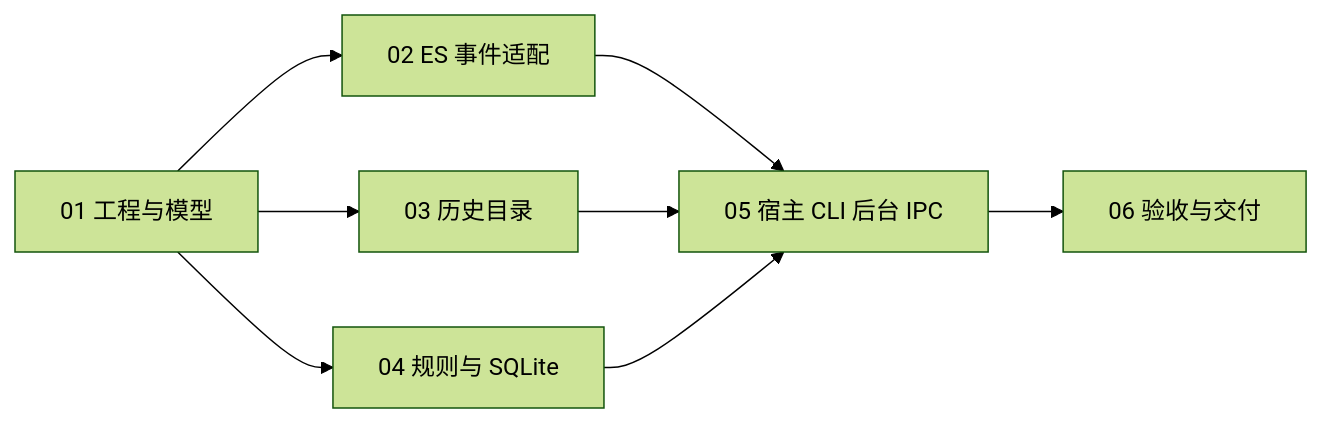
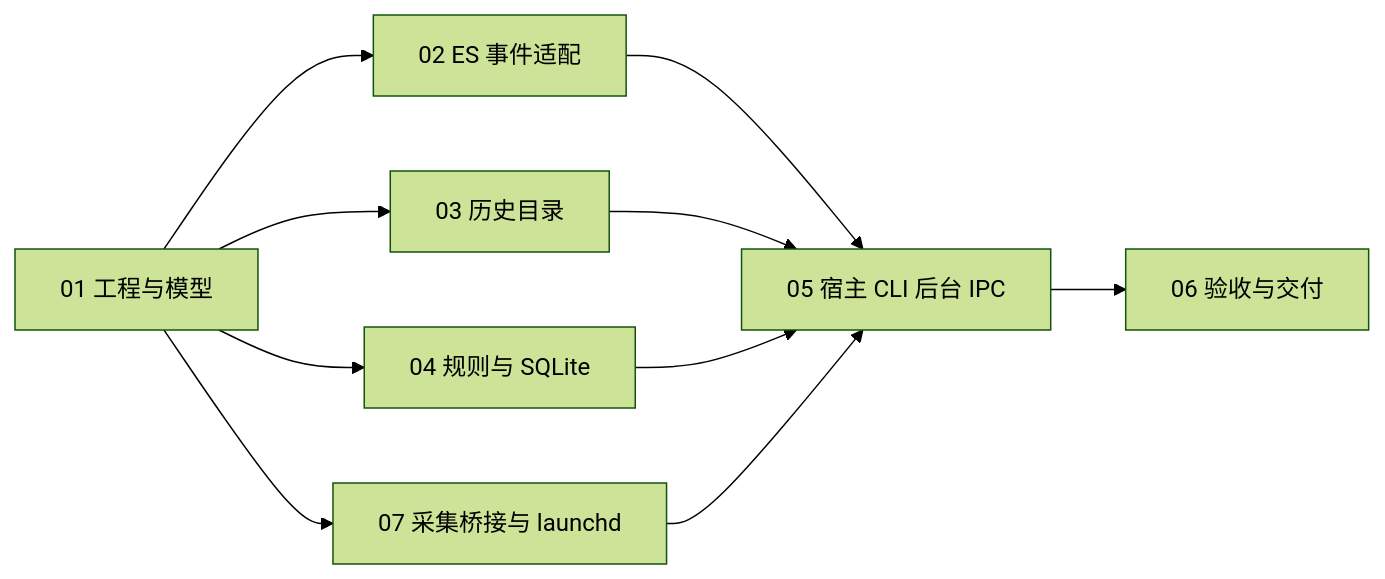
One commit to lolipop-1x1/CodePerimeter changed the diagram in .scratch/activity-monitor-mvp/implementation-contract.md. Above: the diagram before and after it, drawn with Mermaid (forest theme). The commit also changed other lines of this file and 4 other files, not shown here.

````diff
--- a/.scratch/activity-monitor-mvp/implementation-contract.md
+++ b/.scratch/activity-monitor-mvp/implementation-contract.md
@@ -8,10 +8,12 @@
 ```mermaid
 flowchart LR
   T01[01 工程与模型] --> T02[02 ES 事件适配]
   T01 --> T03[03 历史目录]
   T01 --> T04[04 规则与 SQLite]
+  T01 --> T07[07 采集桥接与 launchd]
   T02 --> T05[05 宿主 CLI 后台 IPC]
   T03 --> T05
   T04 --> T05
+  T07 --> T05
   T05 --> T06[06 验收与交付]
 ```
````
